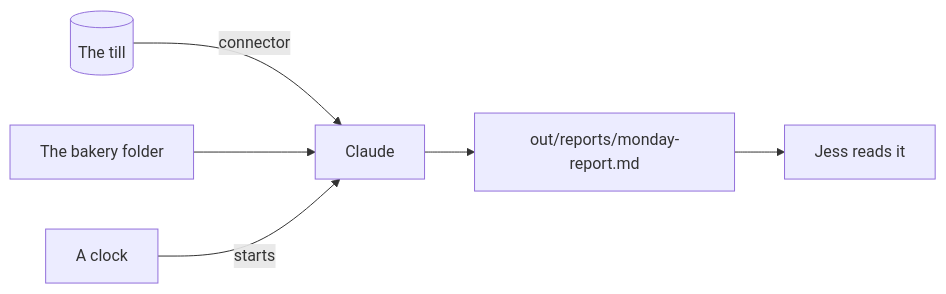
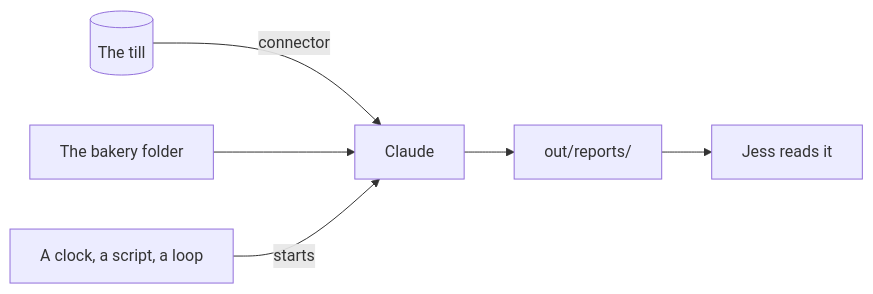
One commit to learnwithparam/claude-code-for-everyone changed the diagram in parts/05-connect-and-schedule/README.md. Above: the diagram before and after it, drawn with Mermaid. The commit also changed other lines of this file and 573 other files, not shown here.

````diff
--- a/parts/05-connect-and-schedule/README.md
+++ b/parts/05-connect-and-schedule/README.md
@@ -15,8 +17,8 @@
 ```mermaid
 flowchart LR
   T[(The till)] -->|connector| C[Claude]
   F[The bakery folder] --> C
-  K[A clock] -->|starts| C
-  C --> R[out/reports/monday-report.md]
+  K[A clock, a script, a loop] -->|starts| C
+  C --> R[out/reports/]
   R --> P[Jess reads it]
 ```
````
